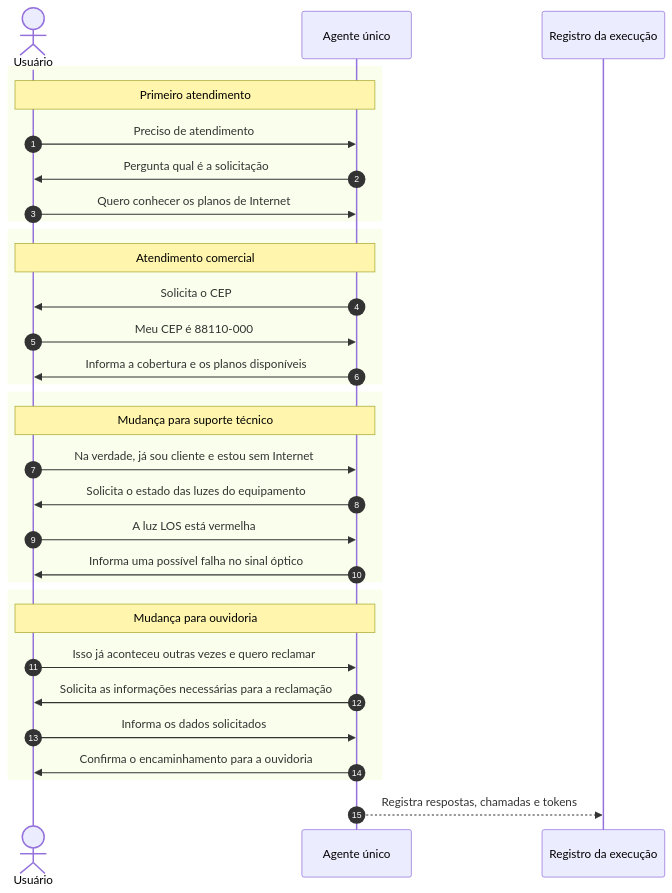
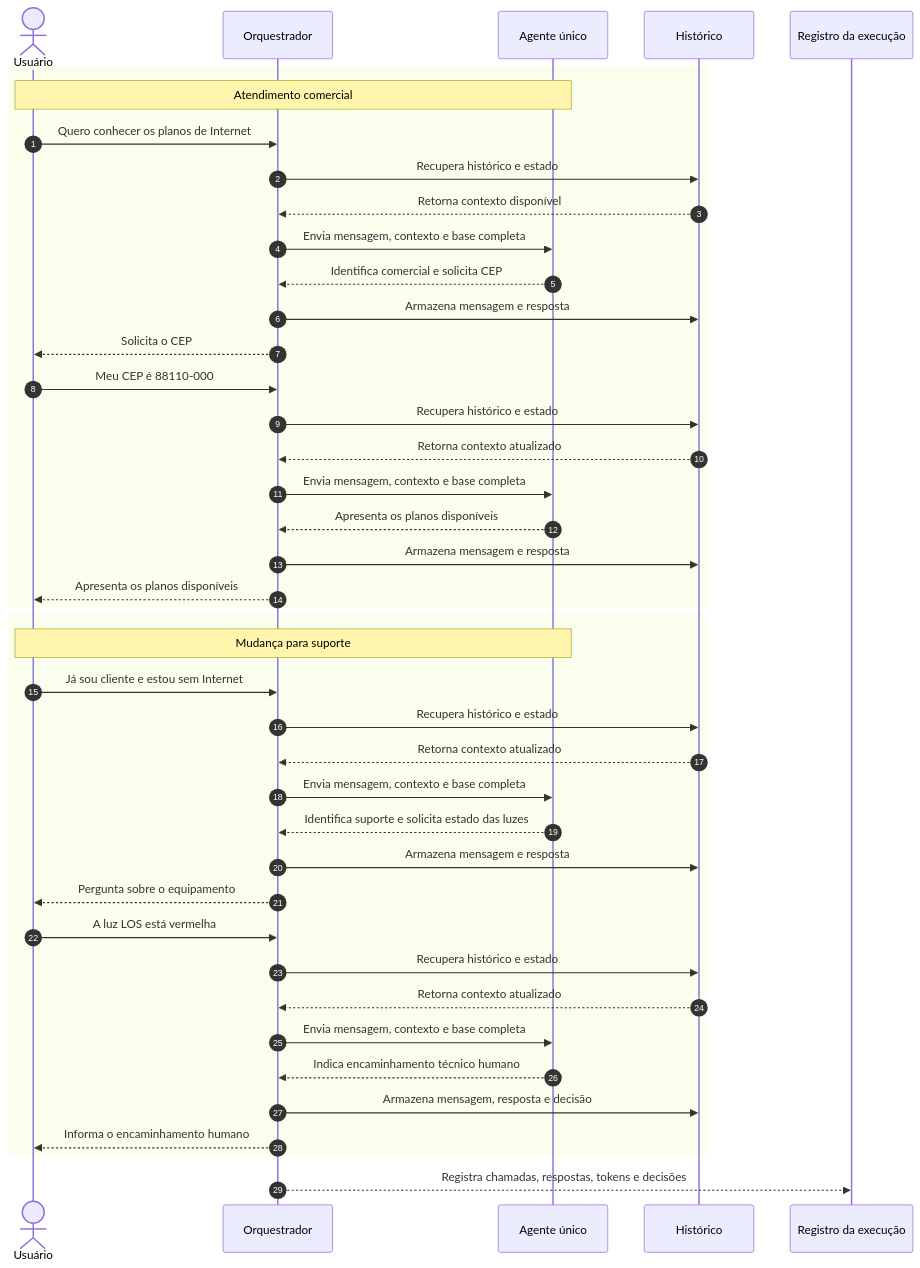
Before and after one commit to wagnerfloresdossantos/engtelecom-ifsc-sj: the diagram in tcc-2026.2/prototipos/diagramas/fontes/arquitetura-agente-unico.md, drawn with Mermaid. The commit also changed 8 other files, not shown here.

````diff
--- a/tcc-2026.2/prototipos/diagramas/fontes/arquitetura-agente-unico.md
+++ b/tcc-2026.2/prototipos/diagramas/fontes/arquitetura-agente-unico.md
@@ -1,40 +1,50 @@
 ```mermaid
 sequenceDiagram
     autonumber
 
     actor U as Usuário
+    participant O as Orquestrador
     participant A as Agente único
+    participant H as Histórico
     participant R as Registro da execução
 
     rect
-        Note over U,A: Primeiro atendimento
-        U->>A: Preciso de atendimento
-        A->>U: Pergunta qual é a solicitação
-        U->>A: Quero conhecer os planos de Internet
+        Note over U,A: Atendimento comercial
+        U->>O: Quero conhecer os planos de Internet
+        O->>H: Recupera histórico e estado
+        H-->>O: Retorna contexto disponível
+        O->>A: Envia mensagem, contexto e base completa
+        A-->>O: Identifica comercial e solicita CEP
+        O->>H: Armazena mensagem e resposta
+        O-->>U: Solicita o CEP
+
+        U->>O: Meu CEP é 88110-000
+        O->>H: Recupera histórico e estado
+        H-->>O: Retorna contexto atualizado
+        O->>A: Envia mensagem, contexto e base completa
+        A-->>O: Apresenta os planos disponíveis
+        O->>H: Armazena mensagem e resposta
+        O-->>U: Apresenta os planos disponíveis
     end
 
     rect
-        Note over U,A: Atendimento comercial
-        A->>U: Solicita o CEP
-        U->>A: Meu CEP é 88110-000
-        A->>U: Informa a cobertura e os planos disponíveis
+        Note over U,A: Mudança para suporte
+        U->>O: Já sou cliente e estou sem Internet
+        O->>H: Recupera histórico e estado
+        H-->>O: Retorna contexto atualizado
+        O->>A: Envia mensagem, contexto e base completa
+        A-->>O: Identifica suporte e solicita estado das luzes
+        O->>H: Armazena mensagem e resposta
+        O-->>U: Pergunta sobre o equipamento
+
+        U->>O: A luz LOS está vermelha
+        O->>H: Recupera histórico e estado
+        H-->>O: Retorna contexto atualizado
+        O->>A: Envia mensagem, contexto e base completa
+        A-->>O: Indica encaminhamento técnico humano
+        O->>H: Armazena mensagem, resposta e decisão
+        O-->>U: Informa o encaminhamento humano
     end
 
-    rect
-        Note over U,A: Mudança para suporte técnico
-        U->>A: Na verdade, já sou cliente e estou sem Internet
-        A->>U: Solicita o estado das luzes do equipamento
-        U->>A: A luz LOS está vermelha
-        A->>U: Informa uma possível falha no sinal óptico
-    end
-
-    rect
-        Note over U,A: Mudança para ouvidoria
-        U->>A: Isso já aconteceu outras vezes e quero reclamar
-        A->>U: Solicita as informações necessárias para a reclamação
-        U->>A: Informa os dados solicitados
-        A->>U: Confirma o encaminhamento para a ouvidoria
-    end
-
-    A-->>R: Registra respostas, chamadas e tokens
+    O-->>R: Registra chamadas, respostas, tokens e decisões
 ```
````
